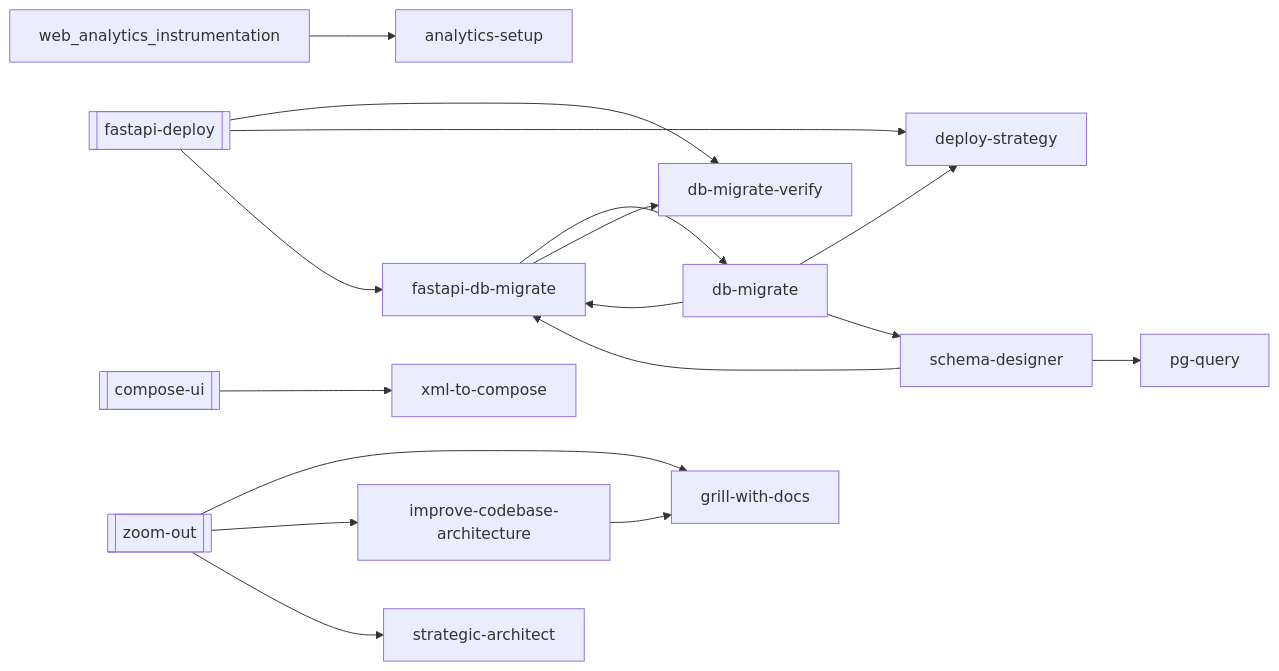
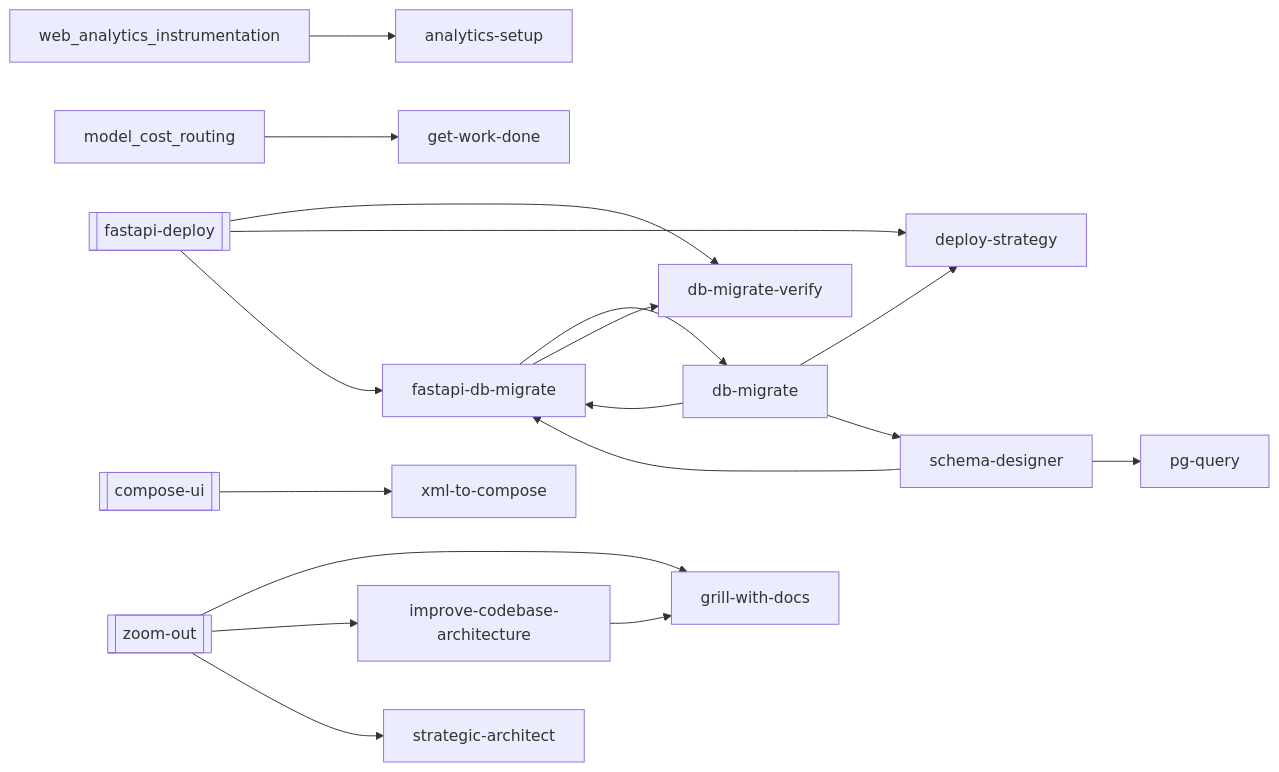
The second of 37 diagrams in docs/workflows/_needs-manual-review.md (abhayla/claude-best-practices), drawn with Mermaid before and after one commit. The commit also changed other lines of this file and 14 other files, not shown here.

````diff
--- a/docs/workflows/_needs-manual-review.md
+++ b/docs/workflows/_needs-manual-review.md
@@ -100,33 +104,35 @@
 ```mermaid
 graph LR
     compose_ui[["compose-ui"]]
     fastapi_deploy[["fastapi-deploy"]]
     zoom_out[["zoom-out"]]
     analytics_setup["analytics-setup"]
     db_migrate["db-migrate"]
     db_migrate_verify["db-migrate-verify"]
     deploy_strategy["deploy-strategy"]
     fastapi_db_migrate["fastapi-db-migrate"]
+    get_work_done["get-work-done"]
     grill_with_docs["grill-with-docs"]
     improve_codebase_architecture["improve-codebase-architecture"]
     pg_query["pg-query"]
     schema_designer["schema-designer"]
     strategic_architect["strategic-architect"]
     xml_to_compose["xml-to-compose"]
     compose_ui --> xml_to_compose
     db_migrate --> deploy_strategy
     db_migrate --> fastapi_db_migrate
     db_migrate --> schema_designer
     fastapi_db_migrate --> db_migrate
     fastapi_db_migrate --> db_migrate_verify
     fastapi_deploy --> db_migrate_verify
     fastapi_deploy --> deploy_strategy
     fastapi_deploy --> fastapi_db_migrate
     improve_codebase_architecture --> grill_with_docs
     schema_designer --> fastapi_db_migrate
     schema_designer --> pg_query
     zoom_out --> grill_with_docs
     zoom_out --> improve_codebase_architecture
     zoom_out --> strategic_architect
+    model_cost_routing --> get_work_done
     web_analytics_instrumentation --> analytics_setup
 ```
````
